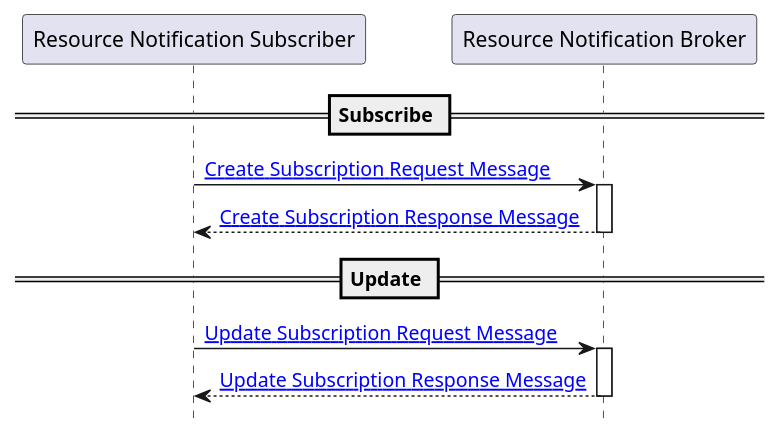
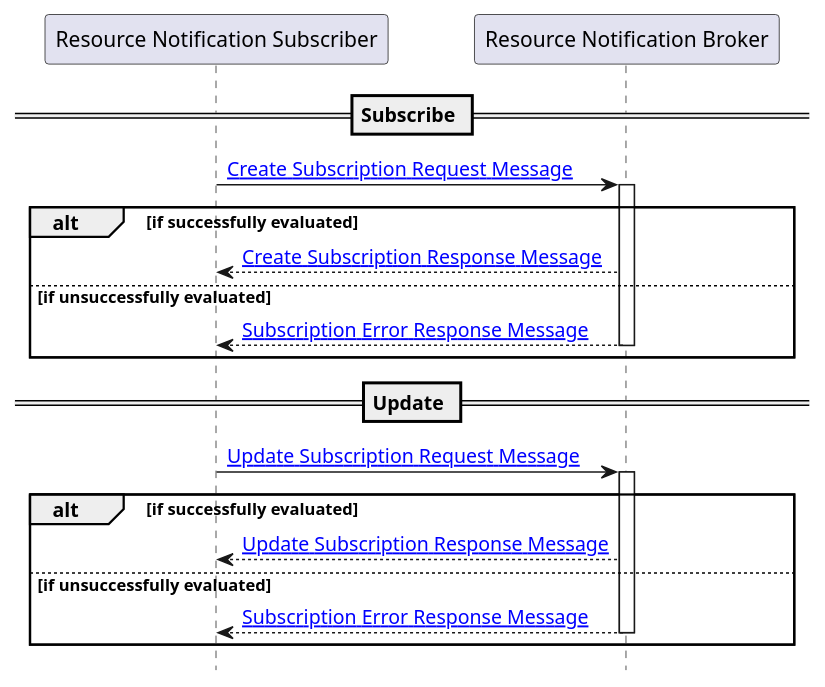
The diagram in input/images-source/ITI-110-seq.plantuml (IHE/ITI.DSUBm), drawn with PlantUML before and after one commit. The commit also changed 3 other files, not shown here.

Commit message:
add error message in iti-110 + bug fix

```diff
--- a/input/images-source/ITI-110-seq.plantuml
+++ b/input/images-source/ITI-110-seq.plantuml
@@ -1,31 +1,27 @@
 @startuml
 hide footbox
 participant "Resource Notification Subscriber" as  Subscriber
 participant "Resource Notification Broker" as  Broker
 
 
 == Subscribe ==
 Subscriber -> Broker : [[ITI-110.html#231105-create-subscription-request-message Create Subscription Request Message]]
 activate Broker
-/'
-participant "Resource Notification Recipient" as  Recipient
-opt handskake HTTPS   
-  Broker -> Recipient: Handshake Notification
-  alt Handshake Success
-  Recipient -> Broker: 200 OK 
-  else Handshake Failure
-  Recipient ->Broker: 404 Not Found
-  end
+alt if successfully evaluated
+Broker --> Subscriber : [[ITI-110.html#231106-create-subscription-response-message Create Subscription Response Message]]
+else if unsuccessfully evaluated
+Broker --> Subscriber : [[ITI-110.html#231108-subscription-error-response-message Subscription Error Response Message]]
+deactivate Broker
 end
-'/
-Broker --> Subscriber : [[ITI-110.html#231106-create-subscription-response-message Create Subscription Response Message]]
-deactivate Broker
 
 == Update ==
 Subscriber -> Broker: [[ITI-110.html#231107-update-subscription-request-message Update Subscription Request Message]]
-
 activate Broker
+alt if successfully evaluated
 Broker --> Subscriber: [[ITI-110.html#231108-update-subscription-response-message Update Subscription Response Message]]
+else if unsuccessfully evaluated
+Broker --> Subscriber : [[ITI-110.html#231108-subscription-error-response-message Subscription Error Response Message]]
 deactivate Broker
+end
 
 @enduml
```
